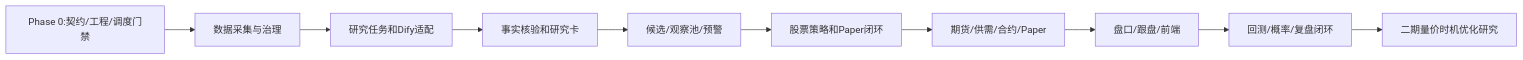
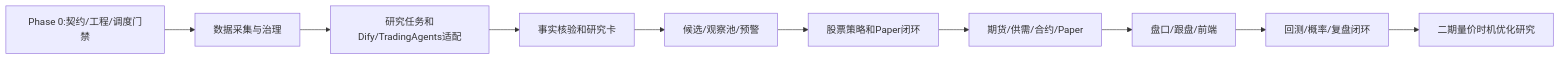
Before and after one commit to shaoqf2350/quant: diagram 13 of 13 in doc/详设文档/详设_0_整体流程文档.md, drawn with Mermaid. The commit also changed other lines of this file and 100 other files, not shown here.

````diff
--- a/doc/详设文档/详设_0_整体流程文档.md
+++ b/doc/详设文档/详设_0_整体流程文档.md
@@ -1058,12 +1365,12 @@
 ```mermaid
 flowchart LR
  A[Phase 0:契约/工程/调度门禁]-->B[数据采集与治理]
- B-->C[研究任务和Dify适配]
+ B-->C[研究任务和Dify/TradingAgents适配]
  C-->D[事实核验和研究卡]
  D-->E[候选/观察池/预警]
  E-->F[股票策略和Paper闭环]
  F-->G[期货/供需/合约/Paper]
  G-->H[盘口/跟盘/前端]
  H-->I[回测/概率/复盘闭环]
  I-->J[二期量价时机优化研究]
 ```
````
